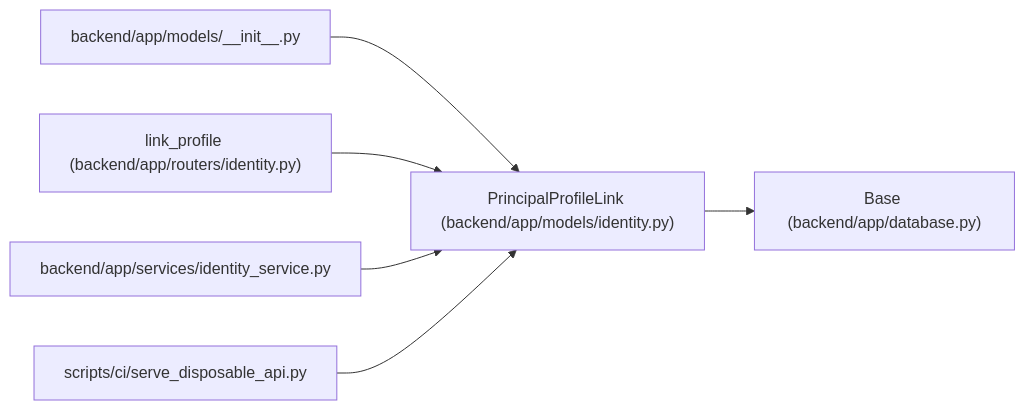
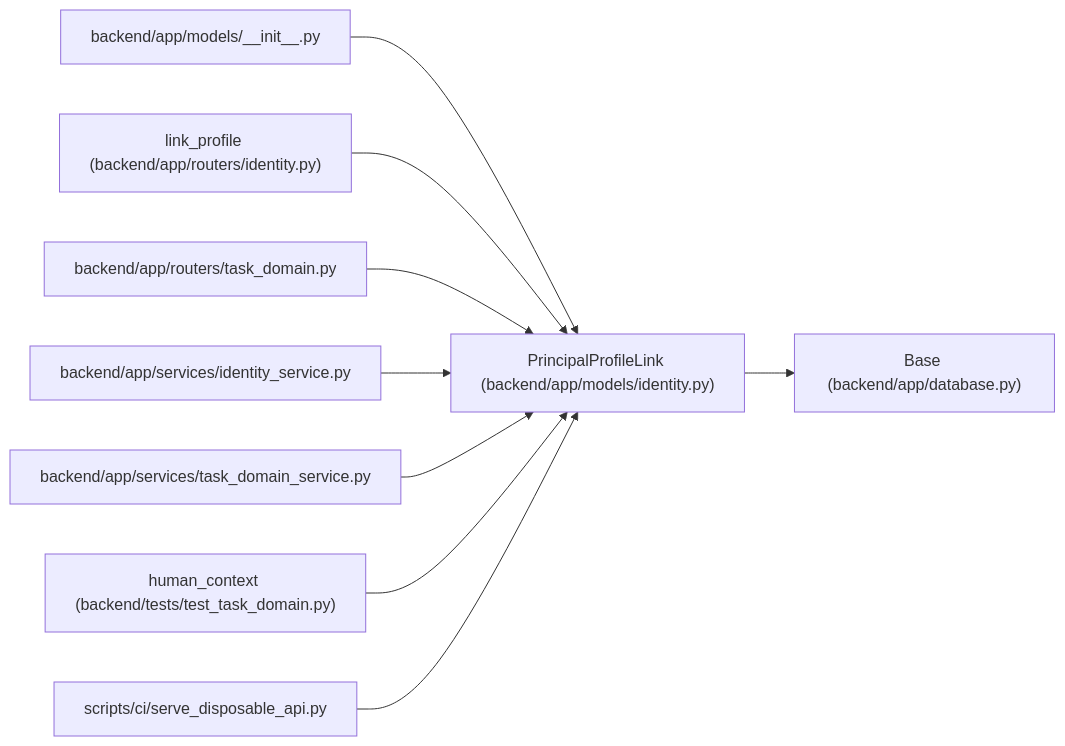
Before and after one commit to Denissvgn/WorkChord: the diagram in docs/llm_wiki/entities/PrincipalProfileLink.md, drawn with Mermaid. The commit also changed other lines of this file and 1238 other files, not shown here.

First line of the commit message:
docs(wiki): publish compact canonical domain architecture

````diff
--- a/docs/llm_wiki/entities/PrincipalProfileLink.md
+++ b/docs/llm_wiki/entities/PrincipalProfileLink.md
@@ -28,20 +28,29 @@
 ```mermaid
 flowchart LR
     n0["PrincipalProfileLink (backend/app/models/identity.py)"]
     n1["Base (backend/app/database.py)"]
     n2["backend/app/models/__init__.py"]
     n3["link_profile (backend/app/routers/identity.py)"]
-    n4["backend/app/services/identity_service.py"]
-    n5["scripts/ci/serve_disposable_api.py"]
+    n4["backend/app/routers/task_domain.py"]
+    n5["backend/app/services/identity_service.py"]
+    n6["backend/app/services/task_domain_service.py"]
+    n7["human_context (backend/tests/test_task_domain.py)"]
+    n8["scripts/ci/serve_disposable_api.py"]
     n0 --> n1
     n2 --> n0
     n3 --> n0
     n4 --> n0
     n5 --> n0
+    n6 --> n0
+    n7 --> n0
+    n8 --> n0
     click n0 "../modules/models_identity.md"
     click n1 "../modules/app_database.md"
     click n2 "../modules/models___init__.md"
     click n3 "../modules/routers_identity.md"
-    click n4 "../modules/identity_service.md"
-    click n5 "../modules/serve_disposable_api.md"
+    click n4 "../modules/routers_task_domain.md"
+    click n5 "../modules/identity_service.md"
+    click n6 "../modules/task_domain_service.md"
+    click n7 "../modules/test_task_domain.md"
+    click n8 "../modules/serve_disposable_api.md"
 ```
````
